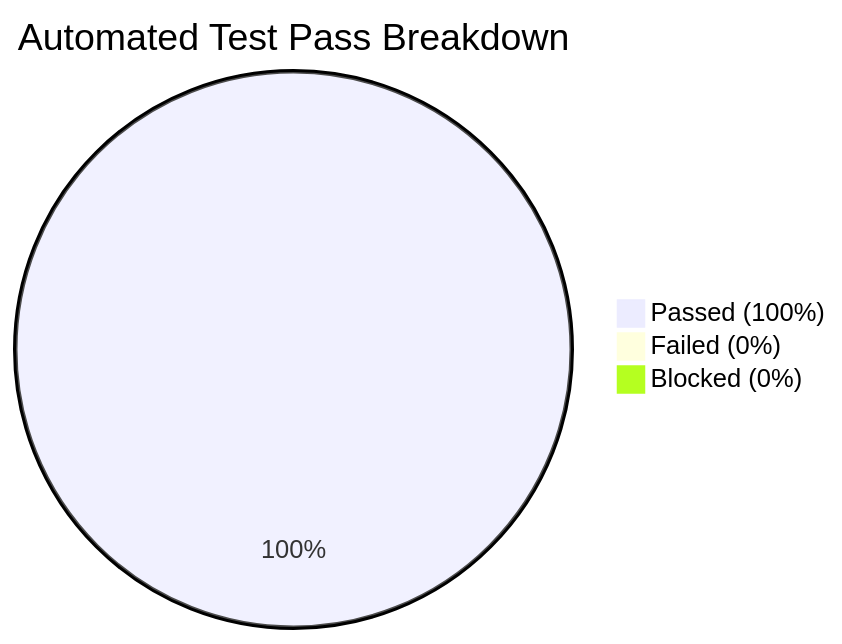
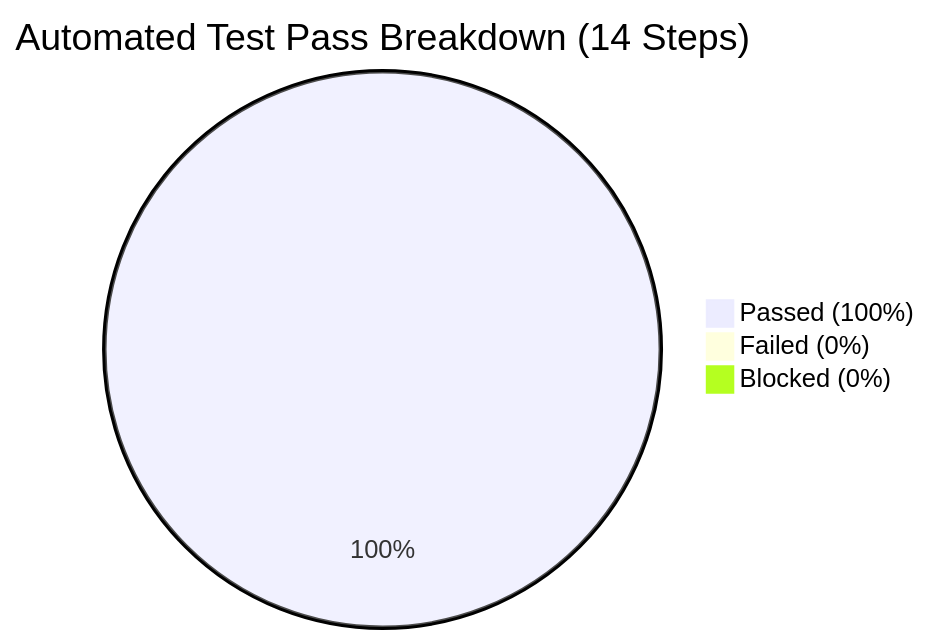
The diagram in docs/software/12_TEST_REPORT.md (Nayak17-07/RentAI), drawn with Mermaid before and after one commit. The commit also changed other lines of this file and 144 other files, not shown here.

````diff
--- a/docs/software/12_TEST_REPORT.md
+++ b/docs/software/12_TEST_REPORT.md
@@ -16,6 +16,6 @@
 ```mermaid
-pie title Automated Test Pass Breakdown
-    "Passed (100%)" : 9
+pie title Automated Test Pass Breakdown (14 Steps)
+    "Passed (100%)" : 14
     "Failed (0%)" : 0
     "Blocked (0%)" : 0
 ```
````
